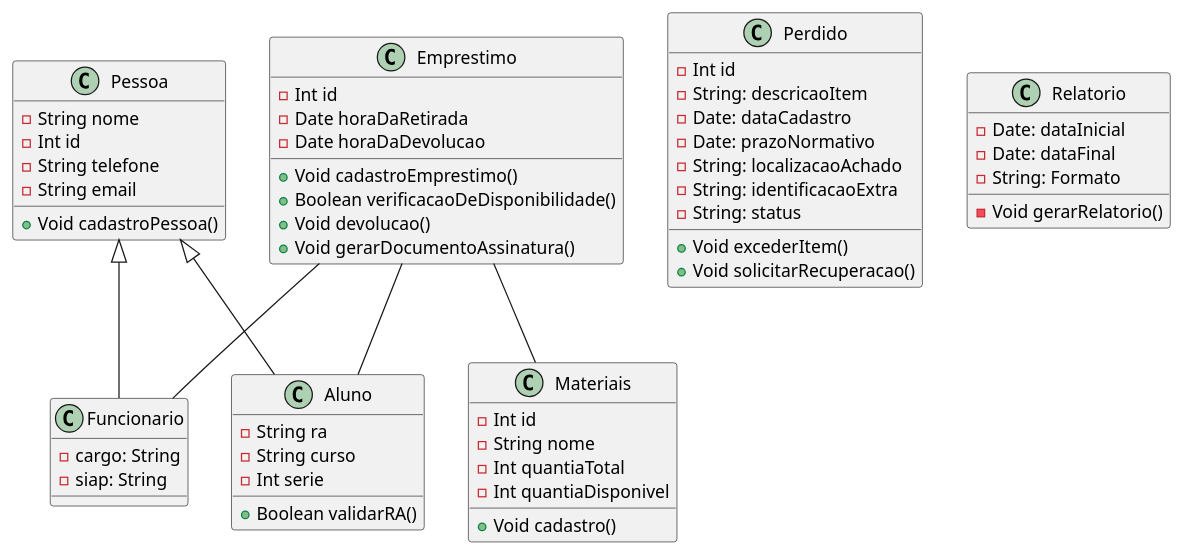
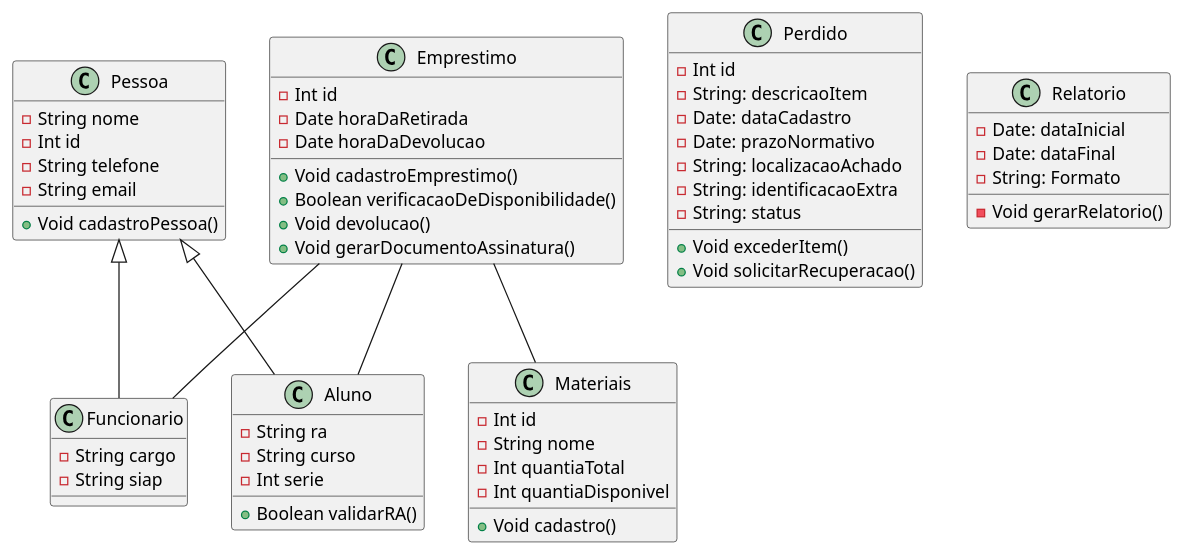
Before and after one commit to danielalvesmoura/APS-Compartilhado: the diagram in diagramaDeClasse.puml, drawn with PlantUML.

Commit message:
Padroinzação de novo

```diff
--- a/diagramaDeClasse.puml
+++ b/diagramaDeClasse.puml
@@ -1,72 +1,72 @@
 @startuml   
 
 class Pessoa { 
     -String nome
     -Int id
     -String telefone
     -String email
 
     +Void cadastroPessoa()
 }
  
 class Aluno {
     -String ra
     -String curso
     -Int serie
 
     +Boolean validarRA()
 }
 
 class Funcionario {
-    -cargo: String
-    -siap: String
+    -String cargo
+    -String siap
 }
 
 class Materiais {
     -Int id
     -String nome
     -Int quantiaTotal
     -Int quantiaDisponivel
 
     +Void cadastro()
 }
 
 class Emprestimo{
     -Int id
     -Date horaDaRetirada
     -Date horaDaDevolucao
 
     +Void cadastroEmprestimo()
     +Boolean verificacaoDeDisponibilidade()
     +Void devolucao()
     +Void gerarDocumentoAssinatura()
 }
 
 class Perdido {
     -Int id
     -String: descricaoItem
     -Date: dataCadastro
     -Date: prazoNormativo
     -String: localizacaoAchado
     -String: identificacaoExtra
     -String: status
     +Void excederItem()
     +Void solicitarRecuperacao()
 }
 
 class Relatorio {
     -Date: dataInicial
     -Date: dataFinal
     -String: Formato
     -Void gerarRelatorio()
 }
 
 
 Pessoa <|-- Aluno
 Pessoa <|-- Funcionario
 Emprestimo -- Materiais
 Emprestimo -- Aluno
 Emprestimo -- Funcionario
 
 
 @enduml
```
